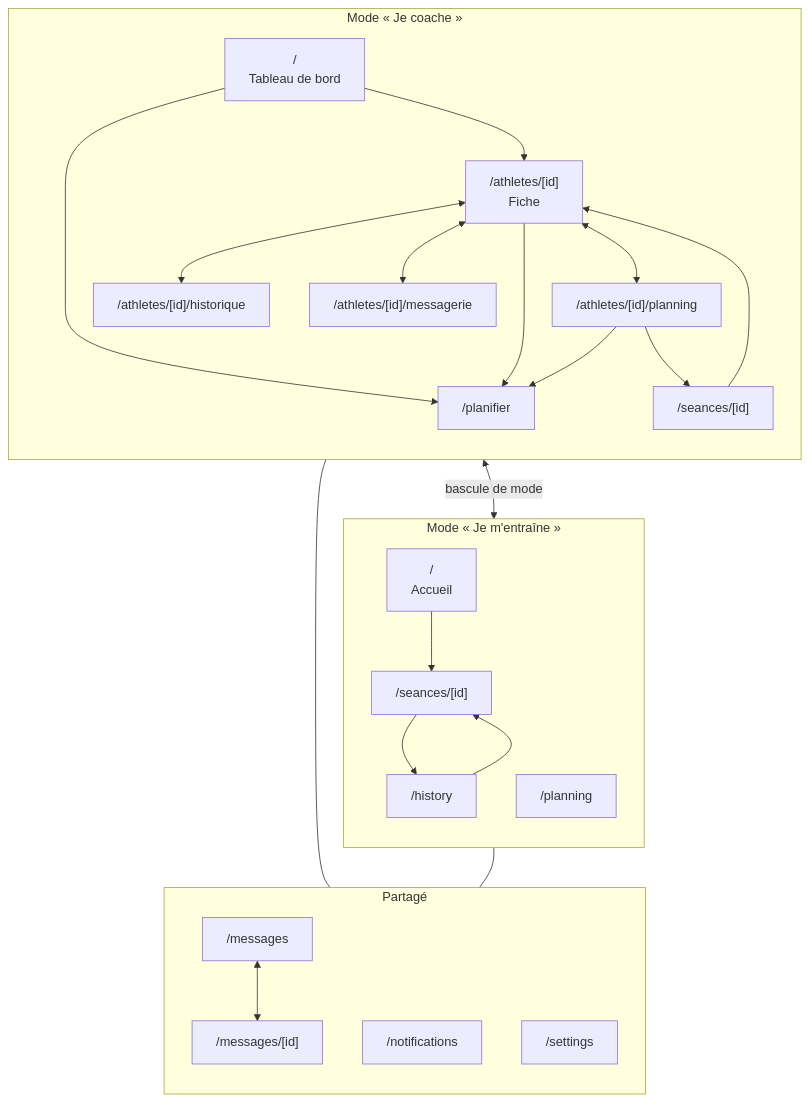
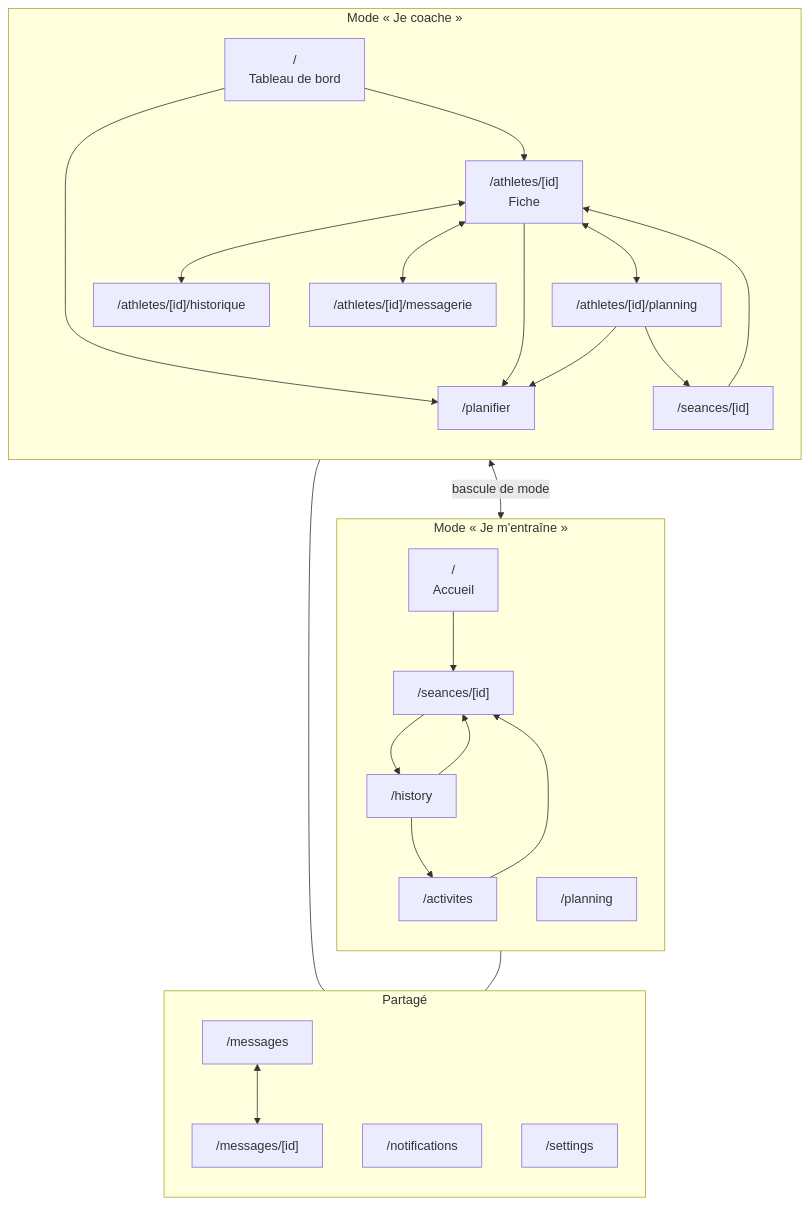
Before and after one commit to Brighttttttttt/optiperf-app: the second of 2 diagrams in docs/parcours.md, drawn with Mermaid. The commit also changed other lines of this file and 8 other files, not shown here.

````diff
--- a/docs/parcours.md
+++ b/docs/parcours.md
@@ -61,48 +61,51 @@
 ```mermaid
 flowchart TD
     subgraph coach["Mode « Je coache »"]
         direction TB
         CD["/<br/>Tableau de bord"]
         FA["/athletes/[id]<br/>Fiche"]
         FP["/athletes/[id]/planning"]
         FH["/athletes/[id]/historique"]
         FM["/athletes/[id]/messagerie"]
         PL["/planifier"]
         SE["/seances/[id]"]
 
         CD --> FA
         CD --> PL
         FA <--> FP
         FA <--> FH
         FA <--> FM
         FA --> PL
         FP --> PL
         FP --> SE
         SE --> FA
     end
 
     subgraph athlete["Mode « Je m'entraîne »"]
         direction TB
         AH["/<br/>Accueil"]
         AP["/planning"]
         AT["/history"]
         AS["/seances/[id]"]
+        AC["/activites"]
 
         AH --> AS
         AT --> AS
         AS --> AT
+        AT --> AC
+        AC --> AS
     end
 
     subgraph commun["Partagé"]
         direction TB
         MS["/messages"]
         MT["/messages/[id]"]
         NO["/notifications"]
         RE["/settings"]
         MS <--> MT
     end
 
     coach <-->|bascule de mode| athlete
     coach --- commun
     athlete --- commun
 ```
````
